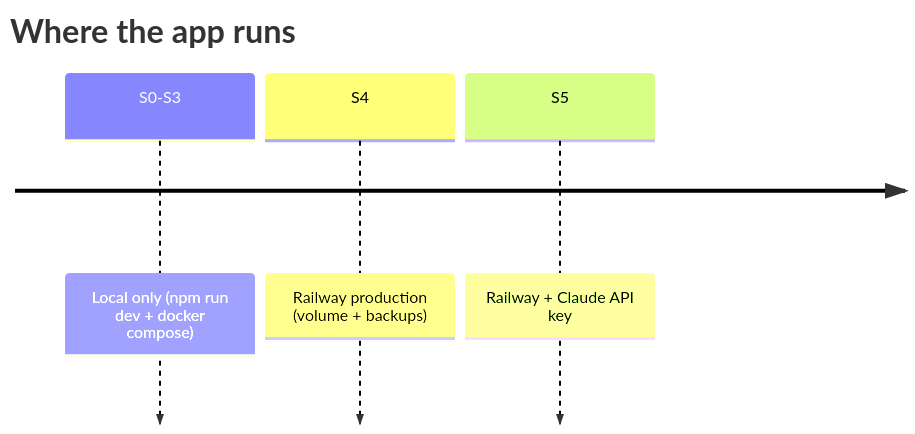
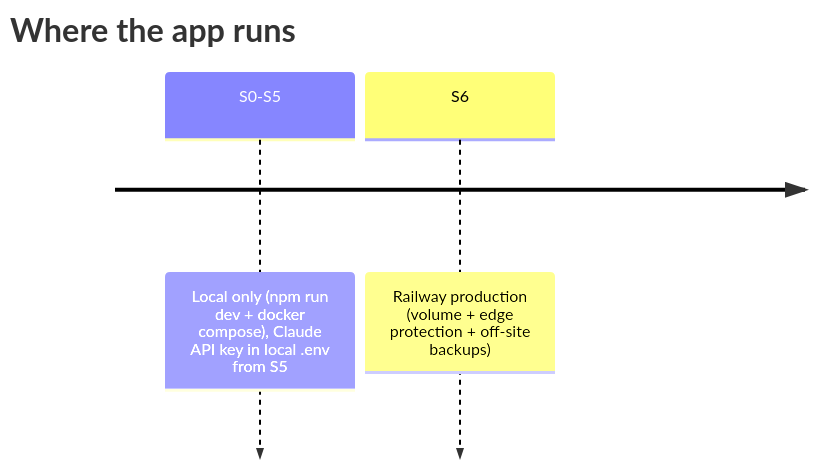
The second of 2 diagrams in docs/roadmap.md (micheltsarasoa/nutrigo), drawn with Mermaid before and after one commit. The commit also changed other lines of this file and 13 other files, not shown here.

````diff
--- a/docs/roadmap.md
+++ b/docs/roadmap.md
@@ -35,7 +38,6 @@
 ```mermaid
 timeline
     title Where the app runs
-    S0-S3 : Local only (npm run dev + docker compose)
-    S4 : Railway production (volume + backups)
-    S5 : Railway + Claude API key
+    S0-S5 : Local only (npm run dev + docker compose), Claude API key in local .env from S5
+    S6 : Railway production (volume + edge protection + off-site backups)
 ```
````
